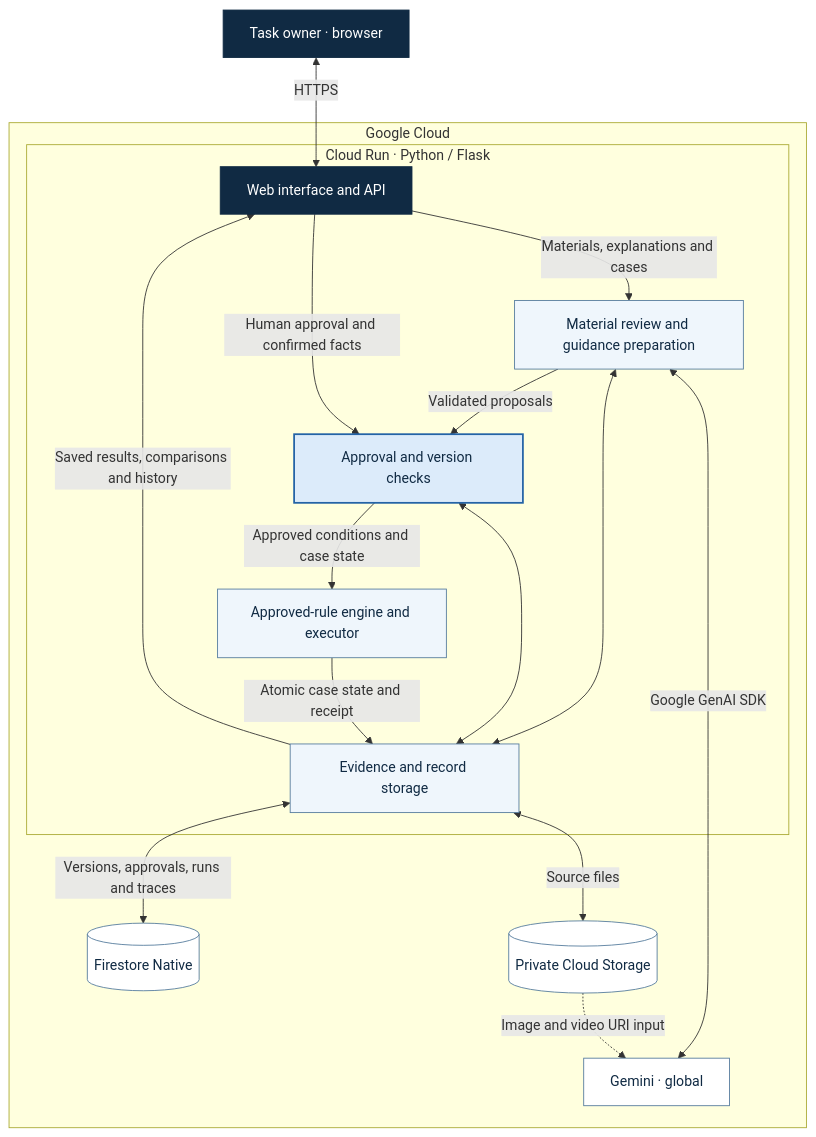
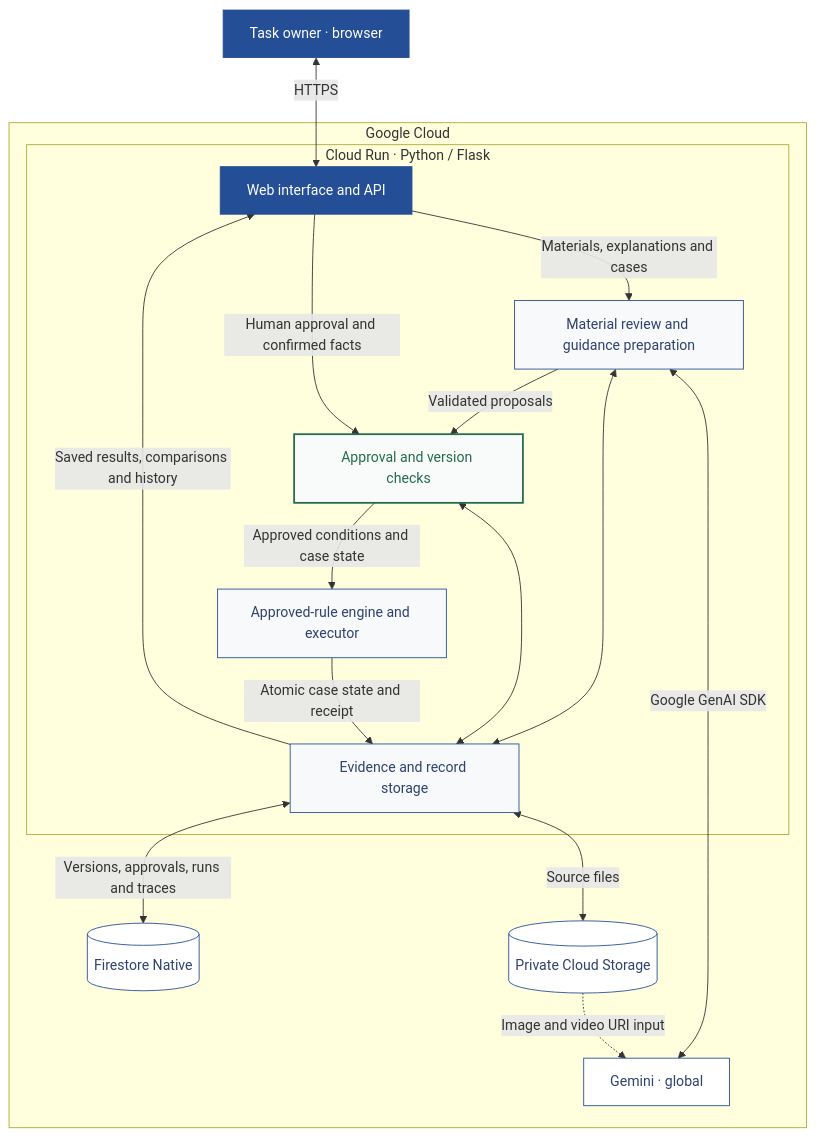
Before and after one commit to solidfdn/judgment-transfer: the diagram in README.md, drawn with Mermaid. The commit also changed other lines of this file and 40 other files, not shown here.

````diff
--- a/README.md
+++ b/README.md
@@ -90,43 +82,43 @@
 ```mermaid
 flowchart TD
     USER["Task owner · browser"]
 
     subgraph CLOUD["Google Cloud"]
         subgraph RUN["Cloud Run · Python / Flask"]
             API["Web interface and API"]
             PREP["Material review and guidance preparation"]
             GATE["Approval and version checks"]
             ENGINE["Approved-rule engine and executor"]
             DATA["Evidence and record storage"]
 
             API -->|"Materials, explanations and cases"| PREP
             PREP -->|"Validated proposals"| GATE
             API -->|"Human approval and confirmed facts"| GATE
             GATE -->|"Approved conditions and case state"| ENGINE
             PREP <--> DATA
             GATE <--> DATA
             ENGINE -->|"Atomic case state and receipt"| DATA
             DATA -->|"Saved results, comparisons and history"| API
         end
 
         GEMINI["Gemini · global"]
         FIRESTORE[("Firestore Native")]
         FILES[("Private Cloud Storage")]
 
         PREP <-->|"Google GenAI SDK"| GEMINI
         DATA <-->|"Versions, approvals, runs and traces"| FIRESTORE
         DATA <-->|"Source files"| FILES
         FILES -.->|"Image and video URI input"| GEMINI
     end
 
     USER <-->|"HTTPS"| API
 
-    classDef interface fill:#102A43,color:#FFFFFF,stroke:#102A43
-    classDef application fill:#EFF6FC,color:#102A43,stroke:#557B9D
-    classDef approval fill:#DCEBFA,color:#102A43,stroke:#2463A6,stroke-width:2px
-    classDef managed fill:#FFFFFF,color:#102A43,stroke:#557B9D
+    classDef interface fill:#244E95,color:#FFFFFF,stroke:#244E95
+    classDef application fill:#F8F9FB,color:#2E426B,stroke:#244E95
+    classDef approval fill:#F8FBF9,color:#246B4E,stroke:#246B4E,stroke-width:2px
+    classDef managed fill:#FFFFFF,color:#2E426B,stroke:#244E95
     class USER,API interface
     class PREP,ENGINE,DATA application
     class GATE approval
     class GEMINI,FIRESTORE,FILES managed
 ```
````
